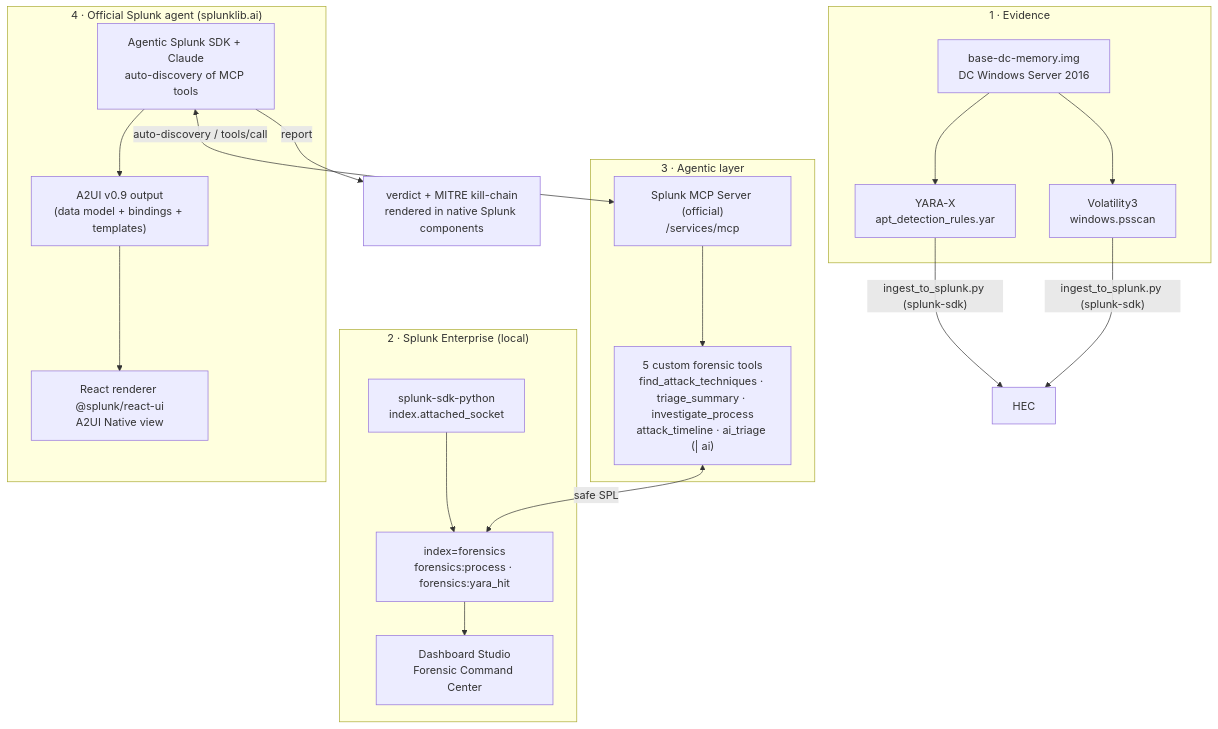
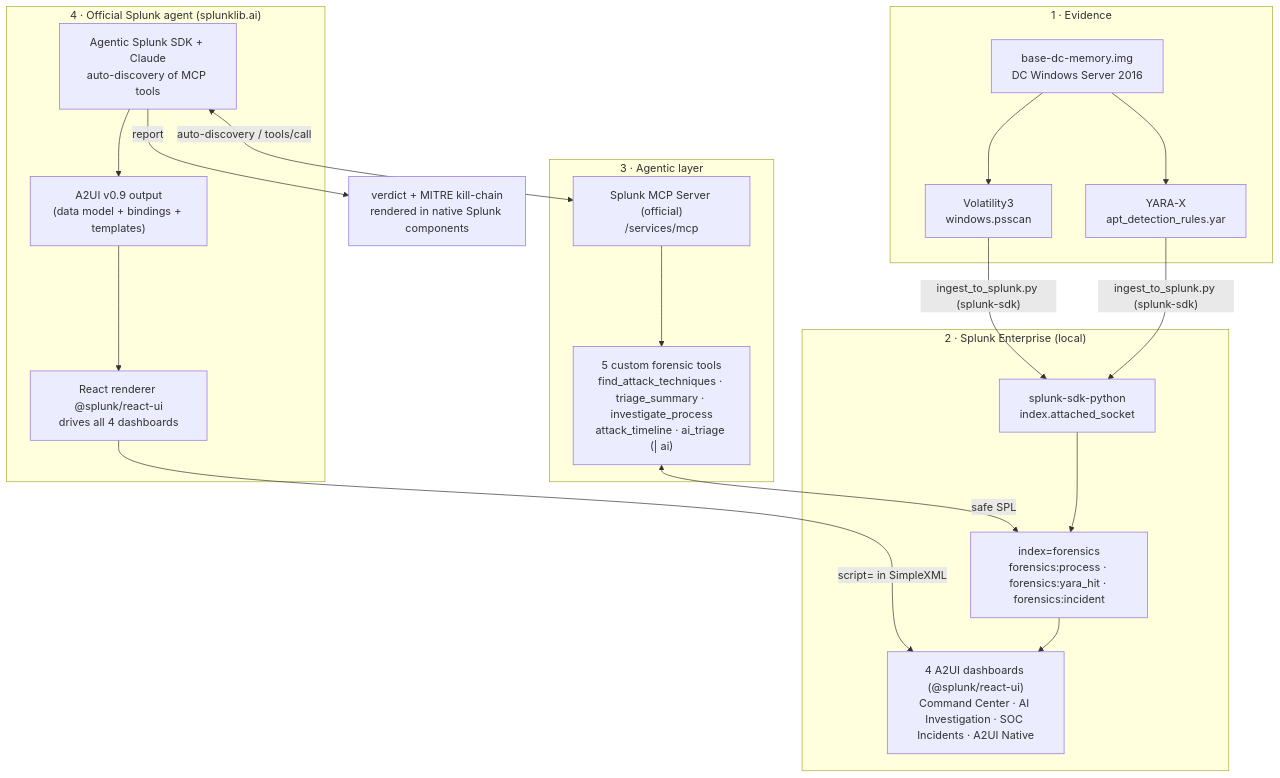
One commit to julien2613/find-evil-splunk changed the diagram in README.md. Above: the diagram before and after it, drawn with Mermaid. The commit also changed other lines of this file and 2 other files, not shown here.

Commit message:
Docs: reflect final state (A2UI everywhere, Terraform, correct ingestion)
Revise the submission docs to accurately describe what was built:
- A2UI → @splunk/react-ui is now the UI layer for ALL 4 dashboards (enriched
  catalog: VerdictBadge/KpiRow/SeverityBar/TechniqueTable/RecommendationList/...),
  not just the 'A2UI Native' view; snapshots from a2ui_agent.py + gen_a2ui.py
  sharing a2ui_catalog.py
- Fix ingestion: splunk-sdk index.attached_socket() (receivers/stream), NOT HEC
  (removed the stale HEC node/claims and the dangling mermaid node)
- Add the Terraform delivery (splunk/splunk provider) to ARCHITECTURE/SUBMISSION/
  README/storyboard; validated + idempotent
- Correct counts: 124 processes / 122 distinct PIDs; verdict COMPROMISED
- AI_TOOLKIT_SETUP: clarify | ai is used by the ai_triage tool + SOC workflow
  (dashboards render A2UI snapshots, not a live | ai panel)
- VIDEO_STORYBOARD: AI Investigation now shows A2UI React; drop removed web-server
  ports (8800/8801/3000); add a Terraform delivery beat
- ARCHITECTURE: redrawn mermaid (validated with mermaid-cli)

````diff
--- a/README.md
+++ b/README.md
@@ -18,30 +18,31 @@
 ```mermaid
 flowchart TB
     subgraph EV["1 · Evidence"]
         IMG["base-dc-memory.img<br/>DC Windows Server 2016"]
         YARA["YARA-X<br/>apt_detection_rules.yar"]
         VOL["Volatility3<br/>windows.psscan"]
         IMG --> YARA & VOL
     end
     subgraph SPL["2 · Splunk Enterprise (local)"]
         SDKING["splunk-sdk-python<br/>index.attached_socket"]
-        IDX["index=forensics<br/>forensics:process · forensics:yara_hit"]
-        DASH["Dashboard Studio<br/>Forensic Command Center"]
+        IDX["index=forensics<br/>forensics:process · forensics:yara_hit · forensics:incident"]
+        DASH["4 A2UI dashboards (@splunk/react-ui)<br/>Command Center · AI Investigation · SOC Incidents · A2UI Native"]
         SDKING --> IDX --> DASH
     end
     subgraph AG["3 · Agentic layer"]
         MCP["Splunk MCP Server (official)<br/>/services/mcp"]
         TOOLS["5 custom forensic tools<br/>find_attack_techniques · triage_summary · investigate_process<br/>attack_timeline · ai_triage (| ai)"]
         MCP --> TOOLS
     end
     subgraph AGENT["4 · Official Splunk agent (splunklib.ai)"]
         SDK["Agentic Splunk SDK + Claude<br/>auto-discovery of MCP tools"]
         A2["A2UI v0.9 output<br/>(data model + bindings + templates)"]
-        REACT["React renderer @splunk/react-ui<br/>A2UI Native view"]
+        REACT["React renderer @splunk/react-ui<br/>drives all 4 dashboards"]
         SDK --> A2 --> REACT
     end
-    YARA & VOL -->|"ingest_to_splunk.py (splunk-sdk)"| HEC
+    YARA & VOL -->|"ingest_to_splunk.py (splunk-sdk)"| SDKING
+    REACT -->|"script= in SimpleXML"| DASH
     TOOLS <-->|safe SPL| IDX
     SDK <-->|"auto-discovery / tools/call"| MCP
     SDK -->|report| OUT["verdict + MITRE kill-chain<br/>rendered in native Splunk components"]
 ```
````
